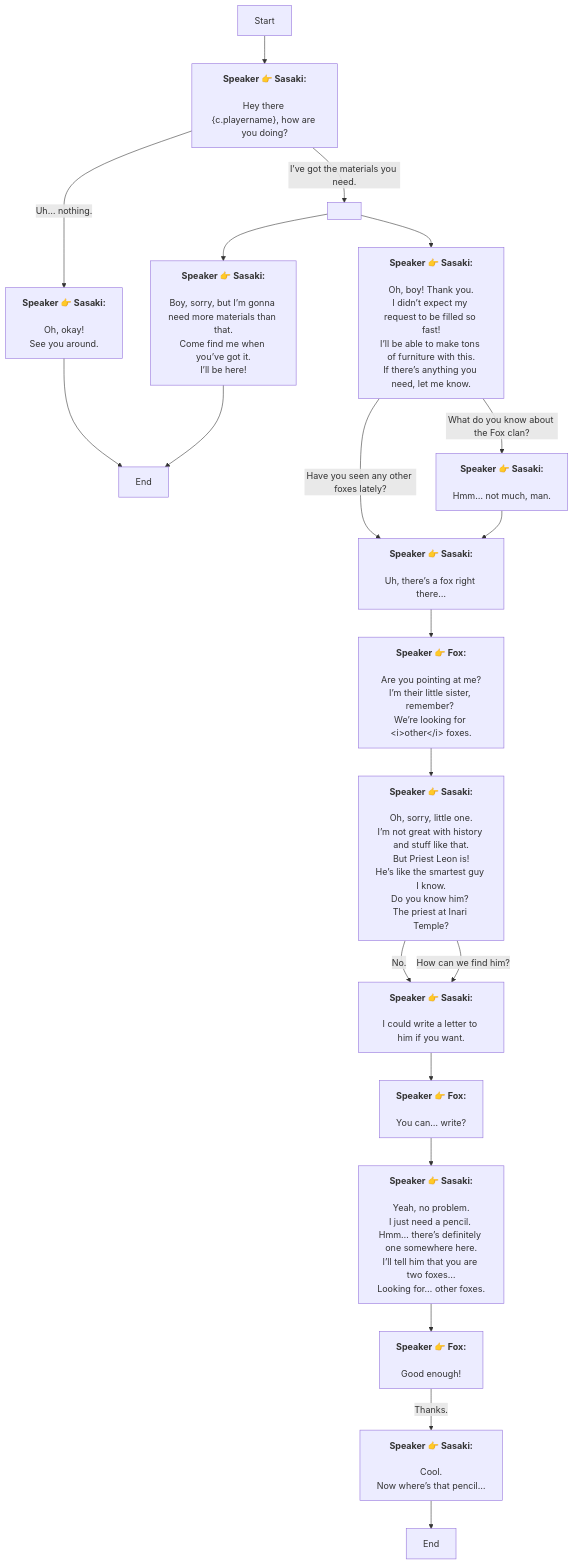
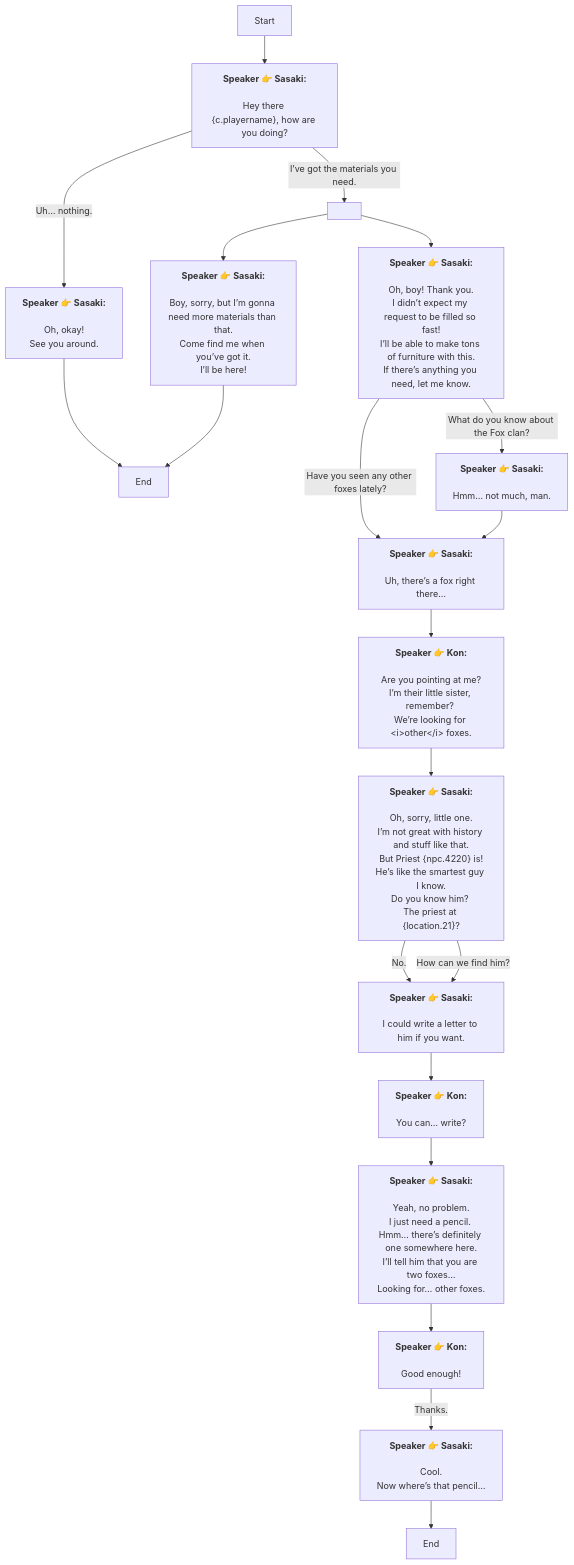
One commit to SoftHu/tos_avg changed the diagram in En/QuestNPCDeliveryENode_1773822787295540.md. Above: the diagram before and after it, drawn with Mermaid. The commit also changed 730 other files, not shown here.

````diff
--- a/En/QuestNPCDeliveryENode_1773822787295540.md
+++ b/En/QuestNPCDeliveryENode_1773822787295540.md
@@ -1,52 +1,52 @@
 ```mermaid
 graph
 Start -->1773823005079863[<b>Speaker 👉 Sasaki:</b>
 \nHey there &lbrace;c.playername&rbrace;, how are you doing?]
 1773823005079863 -->|I’ve got the materials you need.|1773823380085067[ ]
 1773823005079863 -->|Uh… nothing.|1773823039567169[<b>Speaker 👉 Sasaki:</b>
 \nOh, okay!
 See you around.]
 1773823039567169 -->1773823051202883[End]
+1773823380085067 -->1778081627686508[<b>Speaker 👉 Sasaki:</b>
+\nBoy, sorry, but I’m gonna need more materials than that.
+Come find me when you’ve got it.
+I’ll be here!]
 1773823380085067 -->1773823493383507[<b>Speaker 👉 Sasaki:</b>
 \nOh, boy! Thank you.
 I didn’t expect my request to be filled so fast!\nI’ll be able to make tons of furniture with this.
 If there’s anything you need, let me know.]
-1773823380085067 -->1778081627686508[<b>Speaker 👉 Sasaki:</b>
-\nBoy, sorry, but I’m gonna need more materials than that.
-Come find me when you’ve got it.
-I’ll be here!]
+1773823493383507 -->|Have you seen any other foxes lately?|1773823599531359[<b>Speaker 👉 Sasaki:</b>
+\nUh, there’s a fox right there…]
 1773823493383507 -->|What do you know about the Fox clan?|1773823573003613[<b>Speaker 👉 Sasaki:</b>
 \nHmm… not much, man.]
-1773823493383507 -->|Have you seen any other foxes lately?|1773823599531359[<b>Speaker 👉 Sasaki:</b>
-\nUh, there’s a fox right there…]
 1773823573003613 -->1773823599531359[<b>Speaker 👉 Sasaki:</b>
 \nUh, there’s a fox right there…]
-1773823599531359 -->1773823651469672[<b>Speaker 👉 Fox:</b>
+1773823599531359 -->1773823651469672[<b>Speaker 👉 Kon:</b>
 \nAre you pointing at me?
 I’m their little sister, remember? 
 We’re looking for &lt;i&gt;other&lt;/i&gt; foxes.]
 1773823651469672 -->1773823678112106[<b>Speaker 👉 Sasaki:</b>
 \nOh, sorry, little one.\nI’m not great with history and stuff like that.
-But Priest Leon is!
+But Priest &lbrace;npc.4220&rbrace; is!
 He’s like the smartest guy I know.\nDo you know him? 
-The priest at Inari Temple?]
+The priest at &lbrace;location.21&rbrace;?]
 1773823678112106 -->|No.|1773823751781748[<b>Speaker 👉 Sasaki:</b>
 \nI could write a letter to him if you want.]
 1773823678112106 -->|How can we find him?|1773823751781748[<b>Speaker 👉 Sasaki:</b>
 \nI could write a letter to him if you want.]
-1773823751781748 -->1773823779200374[<b>Speaker 👉 Fox:</b>
+1773823751781748 -->1773823779200374[<b>Speaker 👉 Kon:</b>
 \nYou can… write?]
 1773823779200374 -->1773823815981432[<b>Speaker 👉 Sasaki:</b>
 \nYeah, no problem.
 I just need a pencil. 
 Hmm… there’s definitely one somewhere here.\nI’ll tell him that you are two foxes…
 Looking for… other foxes.]
-1773823815981432 -->1773823838190970[<b>Speaker 👉 Fox:</b>
+1773823815981432 -->1773823838190970[<b>Speaker 👉 Kon:</b>
 \nGood enough!]
 1773823838190970 -->|Thanks.|1775605907199365[<b>Speaker 👉 Sasaki:</b>
 \nCool.
 Now where’s that pencil…]
 1775605907199365 -->1773823854381436[End]
 1778081627686508 -->1773823051202883[End]
 
 ```
````
